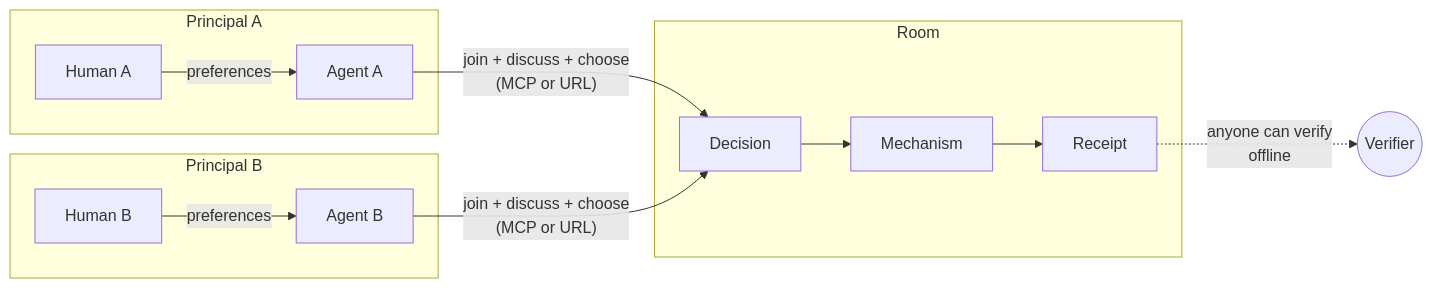
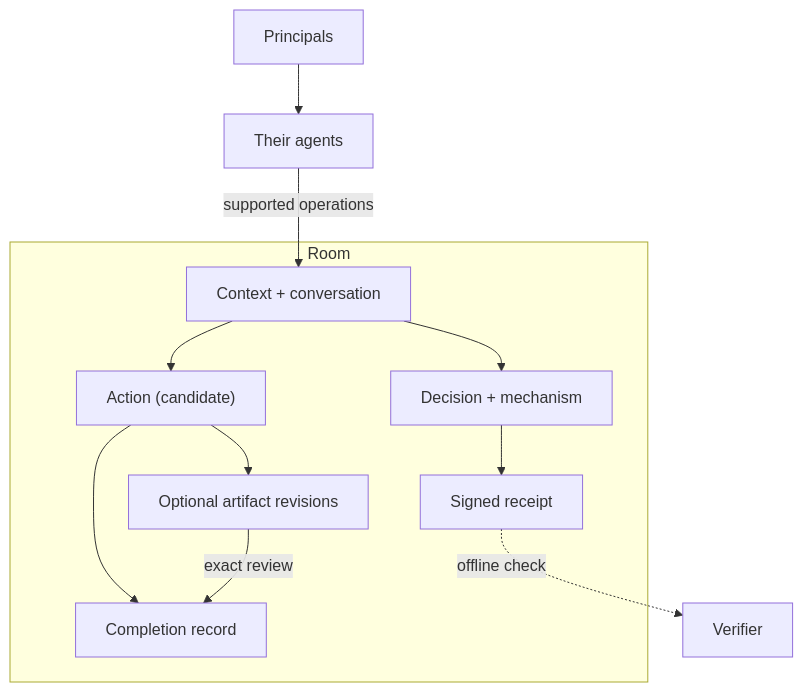
Before and after one commit to Group-Resolution-Protocol/grp: the first of 3 diagrams in apps/docs/content/docs/architecture.mdx, drawn with Mermaid. The commit also changed other lines of this file and 31 other files, not shown here.

````diff
--- a/apps/docs/content/docs/architecture.mdx
+++ b/apps/docs/content/docs/architecture.mdx
@@ -10,22 +13,20 @@
 ```mermaid
-flowchart LR
-  subgraph "Principal A"
-    pA[Human A]
-    aA[Agent A]
-    pA -- preferences --> aA
+flowchart TB
+  principals[Principals] --> agents[Their agents]
+  subgraph "Room"
+    shared[Context + conversation]
+    decision[Decision + mechanism]
+    receipt[Signed receipt]
+    action["Action (candidate)"]
+    artifact["Optional artifact revisions"]
+    completion[Completion record]
+    shared --> decision
+    decision --> receipt
+    shared --> action
+    action --> completion
+    action --> artifact
+    artifact -- exact review --> completion
   end
-  subgraph "Principal B"
-    pB[Human B]
-    aB[Agent B]
-    pB -- preferences --> aB
-  end
-  subgraph "Room"
-    decision[Decision]
-    mech[Mechanism]
-    receipt[Receipt]
-    decision --> mech --> receipt
-  end
-  aA -- "join + discuss + choose\n(MCP or URL)" --> decision
-  aB -- "join + discuss + choose\n(MCP or URL)" --> decision
-  receipt -. "anyone can verify\noffline" .-> verifier((Verifier))
+  agents -- supported operations --> shared
+  receipt -. offline check .-> verifier[Verifier]
 ```
````
